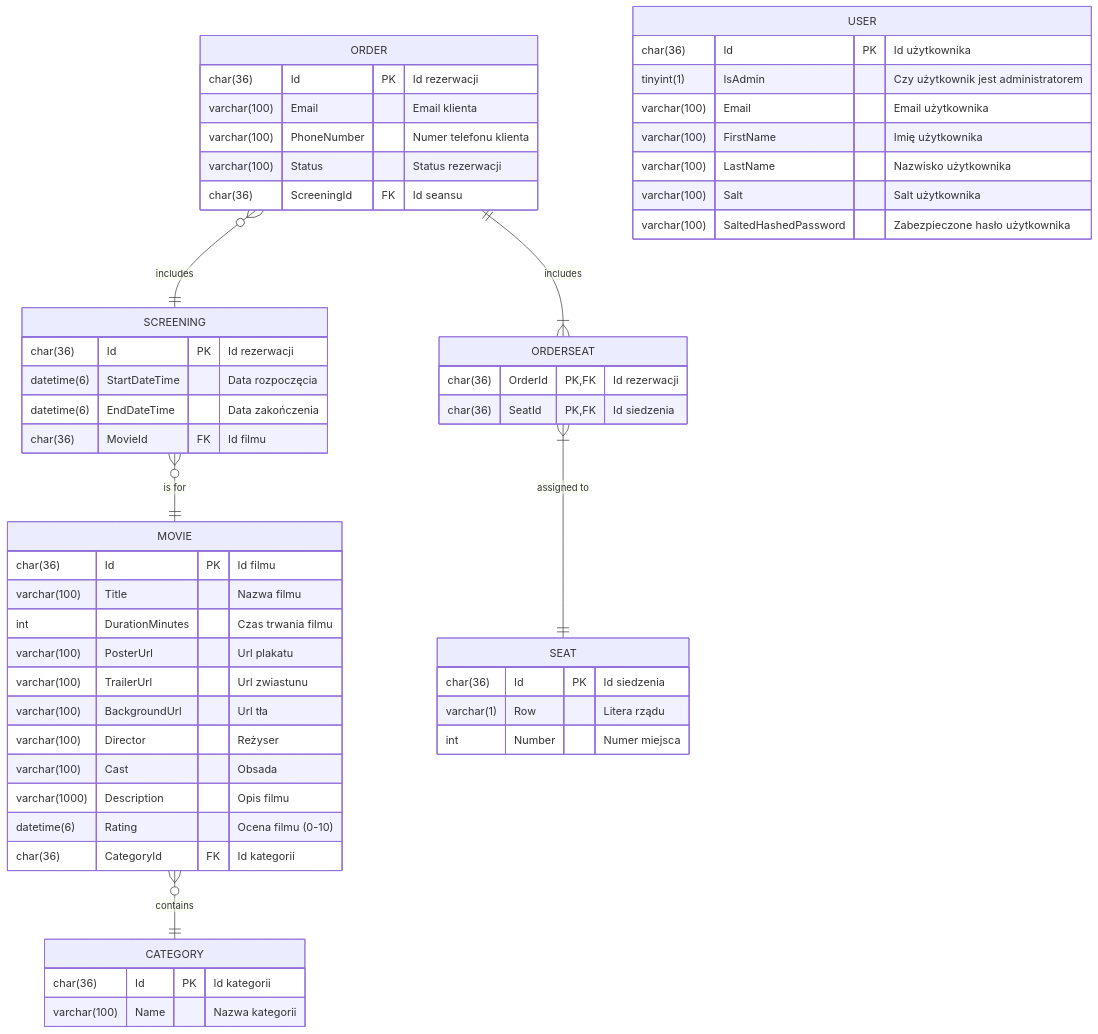
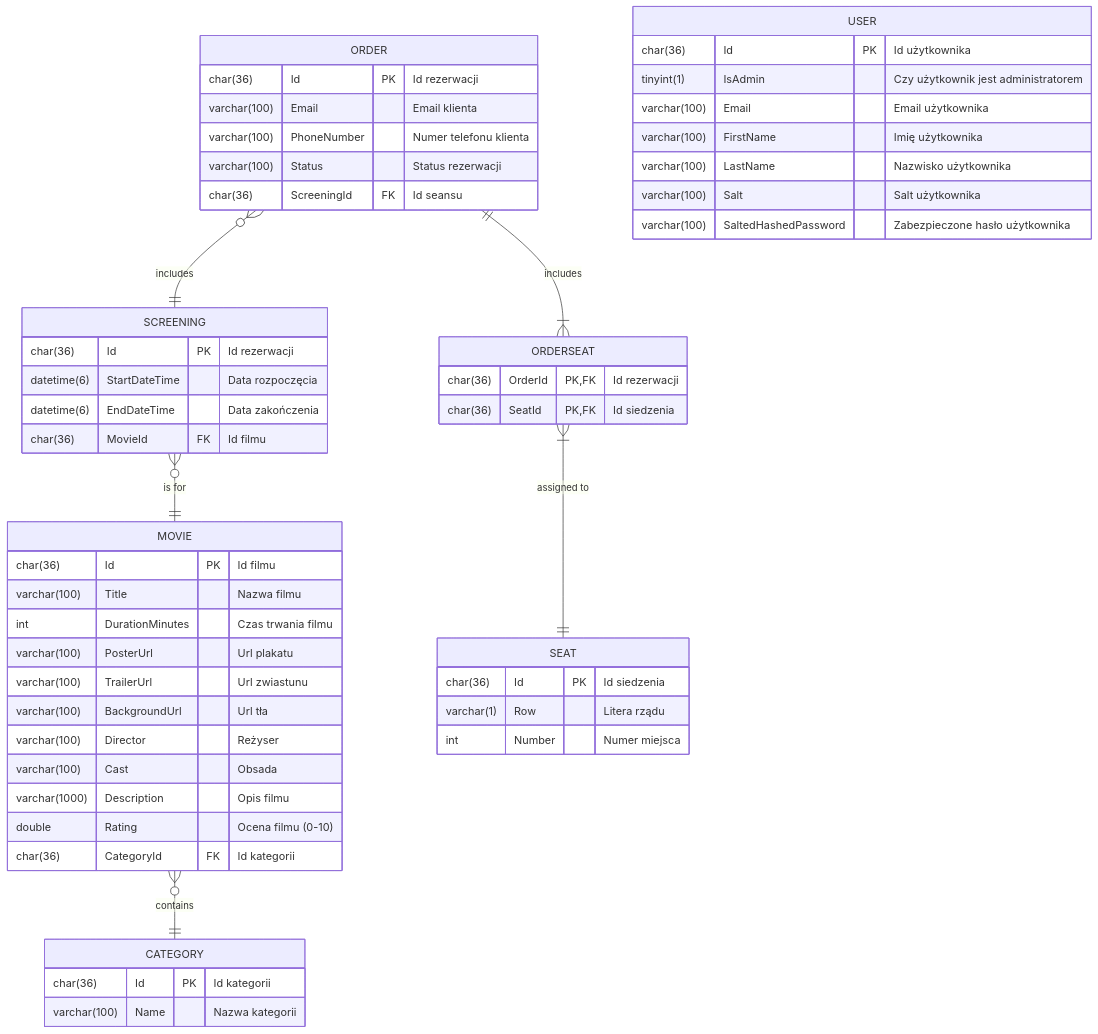
The diagram in README.md (NorbertKaczmarek/cinema), drawn with Mermaid before and after one commit. The commit also changed other lines of this file and 22 other files, not shown here.

````diff
--- a/README.md
+++ b/README.md
@@ -15,64 +53,64 @@
 ```mermaid
 erDiagram
     ORDER       }o--||  SCREENING   : "includes"
     SCREENING   }o--||  MOVIE       : "is for"
     MOVIE       }o--||  CATEGORY    : "contains"
     
     ORDER       ||--|{  ORDERSEAT   : "includes"
     ORDERSEAT   }|--||  SEAT        : "assigned to"
 
     ORDER {
         char(36)        Id              PK  "Id rezerwacji"
         varchar(100)    Email               "Email klienta"
         varchar(100)    PhoneNumber         "Numer telefonu klienta"
         varchar(100)    Status              "Status rezerwacji"
         char(36)        ScreeningId     FK  "Id seansu"
     }
 
     SCREENING {
         char(36)        Id              PK  "Id rezerwacji"
         datetime(6)     StartDateTime       "Data rozpoczęcia"
         datetime(6)     EndDateTime         "Data zakończenia"
         char(36)        MovieId         FK  "Id filmu"
     }
     
     MOVIE {
         char(36)        Id              PK  "Id filmu"
         varchar(100)    Title               "Nazwa filmu"
         int             DurationMinutes     "Czas trwania filmu"
         varchar(100)    PosterUrl           "Url plakatu"
         varchar(100)    TrailerUrl          "Url zwiastunu"
         varchar(100)    BackgroundUrl       "Url tła"
         varchar(100)    Director            "Reżyser"
         varchar(100)    Cast                "Obsada"
         varchar(1000)   Description         "Opis filmu"
-        datetime(6)     Rating              "Ocena filmu (0-10)"
+        double          Rating              "Ocena filmu (0-10)"
         char(36)        CategoryId      FK  "Id kategorii"
     }
     
     CATEGORY {
         char(36)        Id              PK  "Id kategorii"
         varchar(100)    Name                "Nazwa kategorii"
     }
     
     SEAT {
         char(36)        Id              PK  "Id siedzenia"
         varchar(1)      Row                 "Litera rządu"
         int             Number              "Numer miejsca"
     }
     
     ORDERSEAT {
         char(36)        OrderId         PK,FK  	"Id rezerwacji"
         char(36)        SeatId          PK,FK  	"Id siedzenia"
     }
     
     USER {
         char(36)        Id              PK  	"Id użytkownika"
         tinyint(1)      IsAdmin             	"Czy użytkownik jest administratorem"
         varchar(100)    Email               	"Email użytkownika"
         varchar(100)    FirstName           	"Imię użytkownika"
         varchar(100)    LastName            	"Nazwisko użytkownika"
         varchar(100)    Salt		        	"Salt użytkownika"
         varchar(100)    SaltedHashedPassword	"Zabezpieczone hasło użytkownika"
     }
 ```
````
